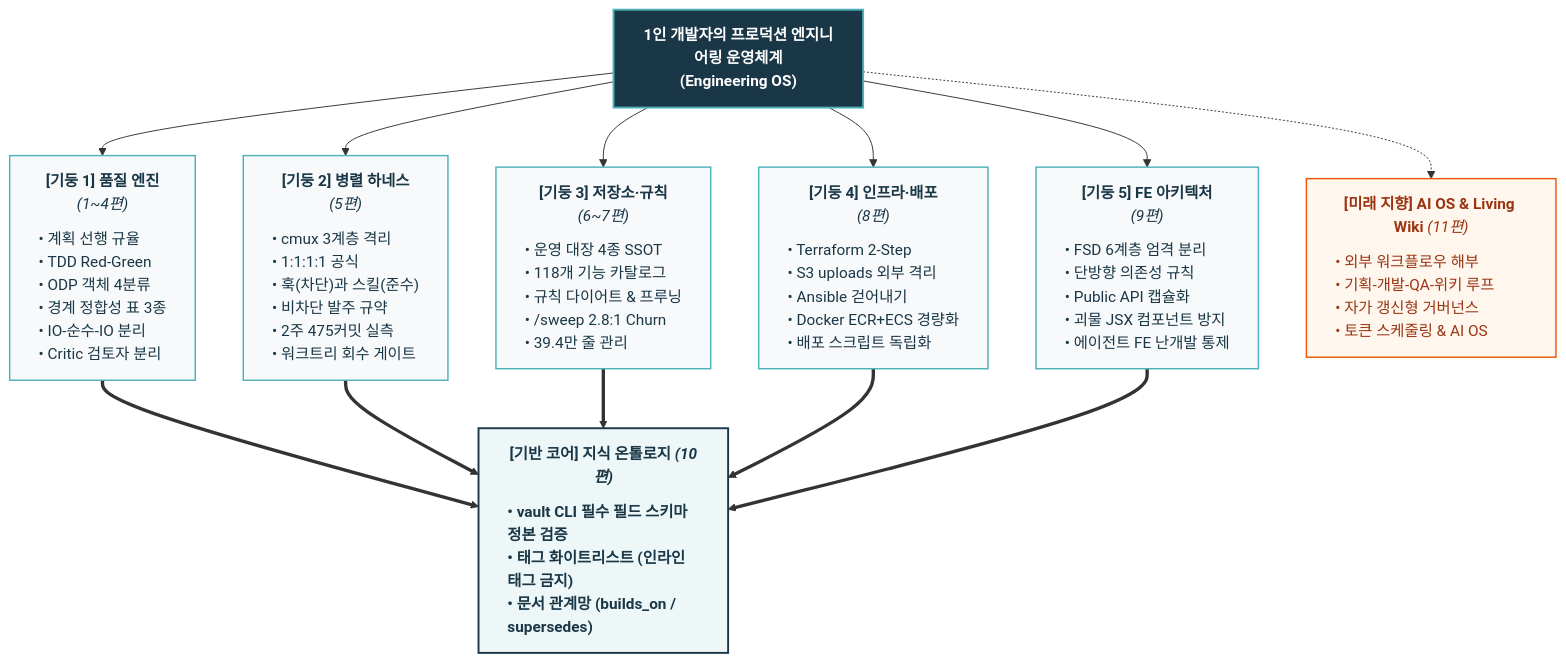
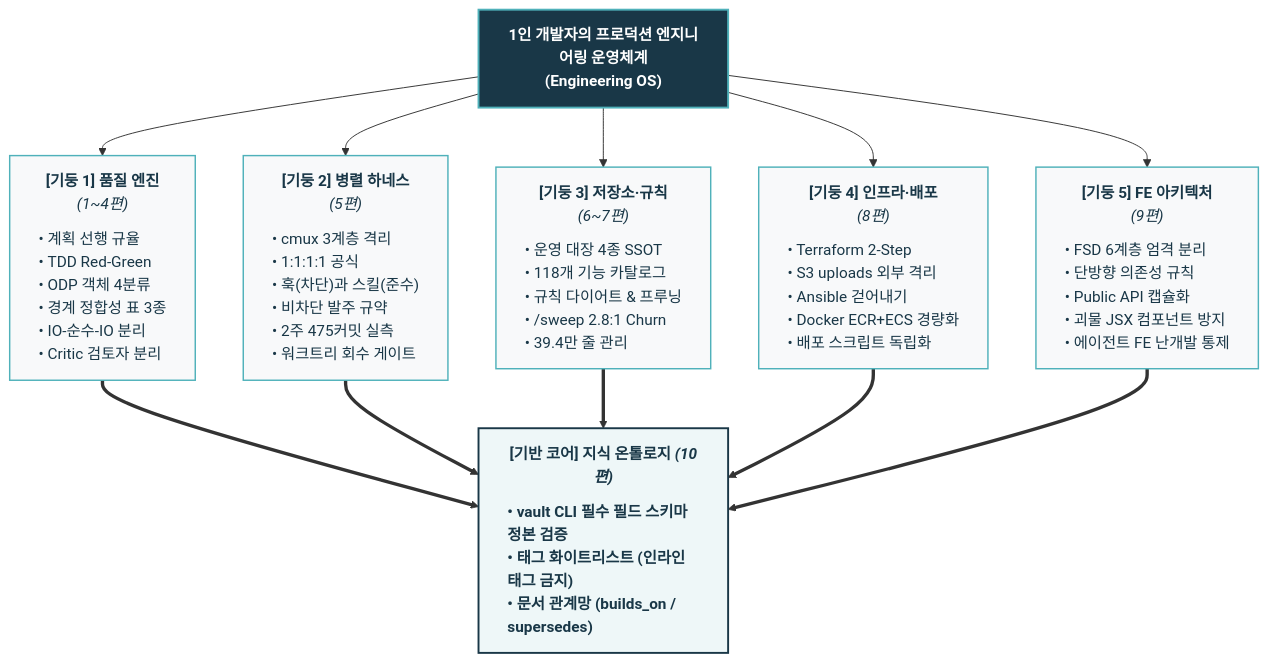
The diagram in _posts/tech/0 1인 개발자는 어떻게 자신만의 운영체계를 만드는가.md (tomato-vault/tomato-vault.github.io), drawn with Mermaid before and after one commit. The commit also changed other lines of this file, not shown here.

Commit message:
feat: Update titles and descriptions for posts 9 to 11 in the AI Agent Architecture series

````diff
--- a/_posts/tech/0 1인 개발자는 어떻게 자신만의 운영체계를 만드는가.md
+++ b/_posts/tech/0 1인 개발자는 어떻게 자신만의 운영체계를 만드는가.md
@@ -71,23 +71,20 @@
 ```mermaid
 flowchart TD
     classDef header fill:#193747,stroke:#4fb1ba,stroke-width:2px,color:#fff,font-weight:bold
     classDef pillar fill:#f8f9fa,stroke:#4fb1ba,stroke-width:1.5px,color:#193747
     classDef base fill:#eef7f8,stroke:#193747,stroke-width:2px,color:#193747,font-weight:bold
-    classDef future fill:#fff7ed,stroke:#ea580c,stroke-width:1.5px,color:#9a3412
 
     CORE["1인 개발자의 프로덕션 엔지니어링 운영체계<br/><b>(Engineering OS)</b>"]:::header
 
     CORE --> P1["<div style='text-align:center;'><b>[기둥 1] 품질 엔진</b><br/><i>(1~4편)</i></div><hr style='margin:6px 0; border:none; border-top:1px solid #cbd5e1;'/><div style='text-align:left; line-height:1.5;'>• 계획 선행 규율<br/>• TDD Red-Green<br/>• ODP 객체 4분류<br/>• 경계 정합성 표 3종<br/>• IO-순수-IO 분리<br/>• Critic 검토자 분리</div>"]:::pillar
     CORE --> P2["<div style='text-align:center;'><b>[기둥 2] 병렬 하네스</b><br/><i>(5편)</i></div><hr style='margin:6px 0; border:none; border-top:1px solid #cbd5e1;'/><div style='text-align:left; line-height:1.5;'>• cmux 3계층 격리<br/>• 1:1:1:1 공식<br/>• 훅(차단)과 스킬(준수)<br/>• 비차단 발주 규약<br/>• 2주 475커밋 실측<br/>• 워크트리 회수 게이트</div>"]:::pillar
     CORE --> P3["<div style='text-align:center;'><b>[기둥 3] 저장소·규칙</b><br/><i>(6~7편)</i></div><hr style='margin:6px 0; border:none; border-top:1px solid #cbd5e1;'/><div style='text-align:left; line-height:1.5;'>• 운영 대장 4종 SSOT<br/>• 118개 기능 카탈로그<br/>• 규칙 다이어트 & 프루닝<br/>• /sweep 2.8:1 Churn<br/>• 39.4만 줄 관리</div>"]:::pillar
     CORE --> P4["<div style='text-align:center;'><b>[기둥 4] 인프라·배포</b><br/><i>(8편)</i></div><hr style='margin:6px 0; border:none; border-top:1px solid #cbd5e1;'/><div style='text-align:left; line-height:1.5;'>• Terraform 2-Step<br/>• S3 uploads 외부 격리<br/>• Ansible 걷어내기<br/>• Docker ECR+ECS 경량화<br/>• 배포 스크립트 독립화</div>"]:::pillar
     CORE --> P5["<div style='text-align:center;'><b>[기둥 5] FE 아키텍처</b><br/><i>(9편)</i></div><hr style='margin:6px 0; border:none; border-top:1px solid #cbd5e1;'/><div style='text-align:left; line-height:1.5;'>• FSD 6계층 엄격 분리<br/>• 단방향 의존성 규칙<br/>• Public API 캡슐화<br/>• 괴물 JSX 컴포넌트 방지<br/>• 에이전트 FE 난개발 통제</div>"]:::pillar
 
     P1 ==> BASE["<div style='text-align:center;'><b>[기반 코어] 지식 온톨로지</b> <i>(10편)</i></div><hr style='margin:6px 0; border:none; border-top:1px solid #cbd5e1;'/><div style='text-align:left; line-height:1.5;'>• vault CLI 필수 필드 스키마 정본 검증<br/>• 태그 화이트리스트 (인라인 태그 금지)<br/>• 문서 관계망 (builds_on / supersedes)</div>"]:::base
     P2 ==> BASE
     P3 ==> BASE
     P4 ==> BASE
     P5 ==> BASE
-
-    CORE -.-> FUTURE["<div style='text-align:center;'><b>[미래 지향] AI OS & Living Wiki</b> <i>(11편)</i></div><hr style='margin:6px 0; border:none; border-top:1px solid #fed7aa;'/><div style='text-align:left; line-height:1.5;'>• 외부 워크플로우 해부<br/>• 기획-개발-QA-위키 루프<br/>• 자가 갱신형 거버넌스<br/>• 토큰 스케줄링 & AI OS</div>"]:::future
 ```
````
